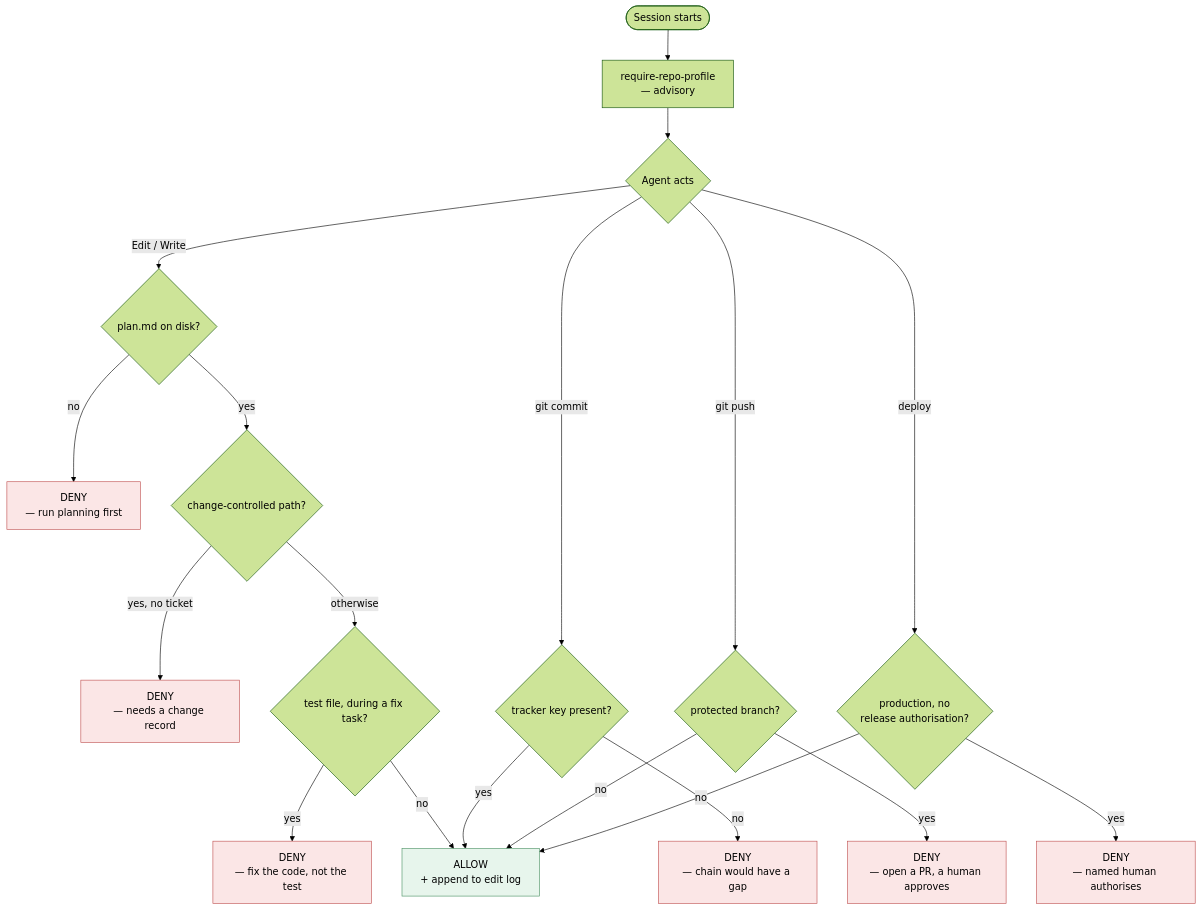
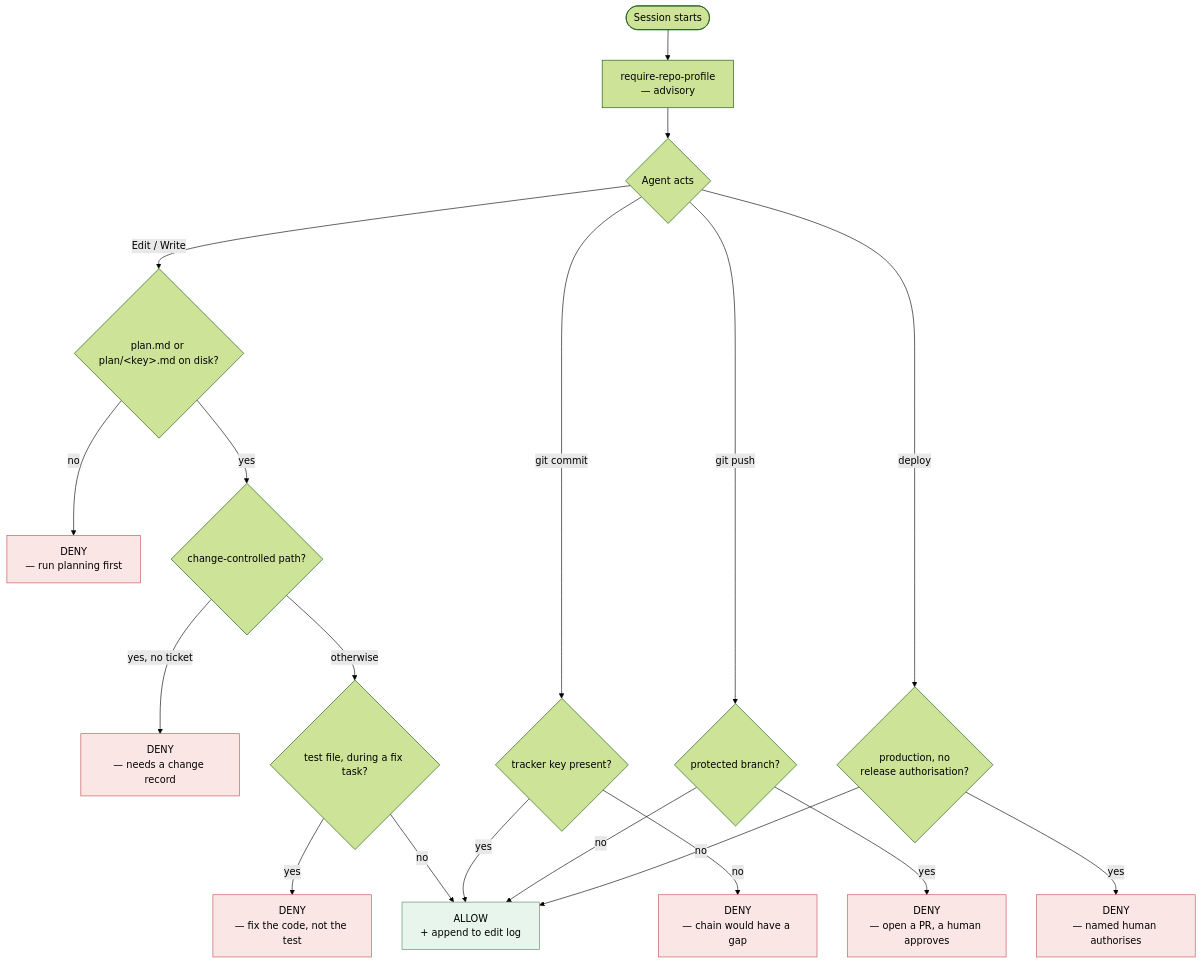
One commit to harshil-1411/ai-sdlc changed the fifth of 9 diagrams in README.md. Above: the diagram before and after it, drawn with Mermaid (forest theme). The commit also changed other lines of this file and 3 other files, not shown here.

````diff
--- a/README.md
+++ b/README.md
@@ -255,33 +255,33 @@
 ```mermaid
 flowchart TD
     S(["Session starts"]) --> H0["require-repo-profile<br/>— advisory"]
     H0 --> ACT{"Agent acts"}
 
-    ACT -- "Edit / Write" --> H1{"plan.md on disk?"}
+    ACT -- "Edit / Write" --> H1{"plan.md or plan/&lt;key&gt;.md on disk?"}
     H1 -- no --> D1["DENY<br/>— run planning first"]
     H1 -- yes --> H2{"change-controlled path?"}
     H2 -- "yes, no ticket" --> D2["DENY<br/>— needs a change record"]
     H2 -- otherwise --> H3{"test file, during a fix task?"}
     H3 -- yes --> D3["DENY<br/>— fix the code, not the test"]
     H3 -- no --> ALLOW["ALLOW<br/>+ append to edit log"]
 
     ACT -- "git commit" --> H4{"tracker key present?"}
     H4 -- no --> D4["DENY<br/>— chain would have a gap"]
     H4 -- yes --> ALLOW
 
     ACT -- "git push" --> H5{"protected branch?"}
     H5 -- yes --> D5["DENY<br/>— open a PR, a human approves"]
     H5 -- no --> ALLOW
 
     ACT -- "deploy" --> H6{"production, no<br/>release authorisation?"}
     H6 -- yes --> D6["DENY<br/>— named human authorises"]
     H6 -- no --> ALLOW
 
     style D1 fill:#fbe6e6,stroke:#c05050
     style D2 fill:#fbe6e6,stroke:#c05050
     style D3 fill:#fbe6e6,stroke:#c05050
     style D4 fill:#fbe6e6,stroke:#c05050
     style D5 fill:#fbe6e6,stroke:#c05050
     style D6 fill:#fbe6e6,stroke:#c05050
     style ALLOW fill:#e7f5ec,stroke:#4a9163
 ```
````
